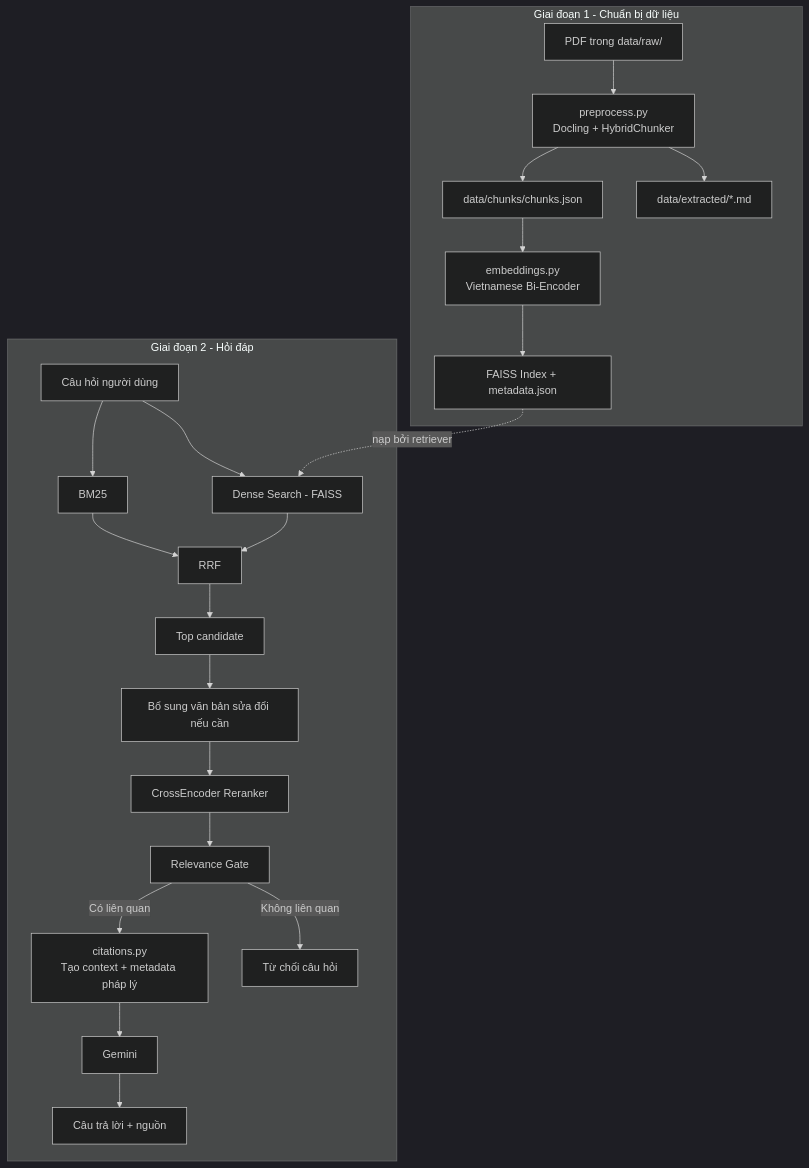
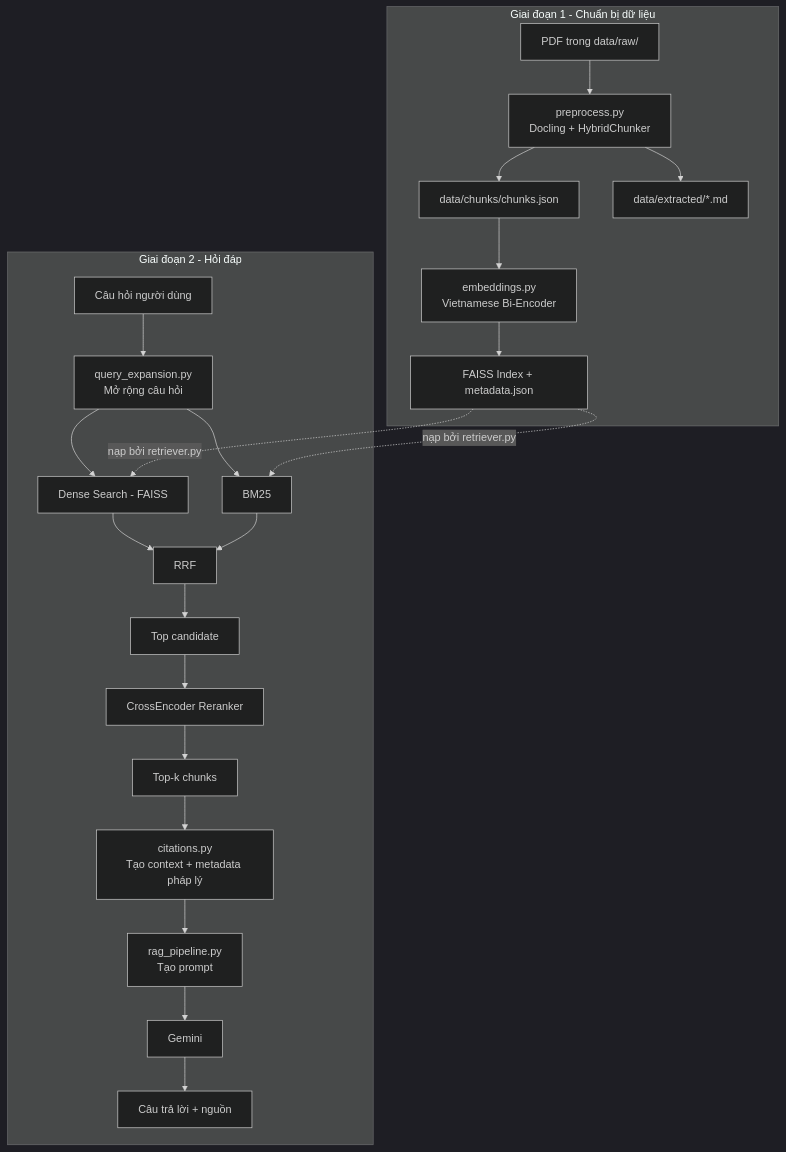
Before and after one commit to baothenotone/Project-LLM-RAG: the diagram in README.md, drawn with Mermaid (dark theme). The commit also changed other lines of this file and 4 other files, not shown here.

````diff
--- a/README.md
+++ b/README.md
@@ -37,27 +43,28 @@
 ```mermaid
 flowchart TD
     subgraph A["Giai đoạn 1 - Chuẩn bị dữ liệu"]
-        A1["PDF trong data/raw/"] --> A2["preprocess.py\nDocling + HybridChunker"]
-        A2 --> A3["data/extracted/*.md"]
-        A2 --> A4["data/chunks/chunks.json"]
-        A4 --> A5["embeddings.py\nVietnamese Bi-Encoder"]
+        A1["PDF trong data/raw/"] --> A2["preprocess.py<br/>Docling + HybridChunker"]
+        A2 --> A3["data/chunks/chunks.json"]
+        A2 --> A4["data/extracted/*.md"]
+        A3 --> A5["embeddings.py<br/>Vietnamese Bi-Encoder"]
         A5 --> A6["FAISS Index + metadata.json"]
     end
 
     subgraph B["Giai đoạn 2 - Hỏi đáp"]
-        B1["Câu hỏi người dùng"] --> B2["Dense Search - FAISS"]
-        B1 --> B3["BM25"]
-        B2 --> B4["RRF"]
-        B3 --> B4
-        B4 --> B5["Top candidate"]
-        B5 --> B6["Bổ sung văn bản sửa đổi nếu cần"]
+        B1["Câu hỏi người dùng"] --> B2["query_expansion.py<br/>Mở rộng câu hỏi"]
+        B2 --> B3["Dense Search - FAISS"]
+        B2 --> B4["BM25"]
+        B3 --> B5["RRF"]
+        B4 --> B5
+        B5 --> B6["Top candidate"]
         B6 --> B7["CrossEncoder Reranker"]
-        B7 --> B8["Relevance Gate"]
-        B8 -->|"Không liên quan"| B9["Từ chối câu hỏi"]
-        B8 -->|"Có liên quan"| B10["citations.py\nTạo context + metadata pháp lý"]
+        B7 --> B8["Top-k chunks"]
+        B8 --> B9["citations.py<br/>Tạo context + metadata pháp lý"]
+        B9 --> B10["rag_pipeline.py<br/>Tạo prompt"]
         B10 --> B11["Gemini"]
         B11 --> B12["Câu trả lời + nguồn"]
     end
 
-    A6 -. "nạp bởi retriever" .-> B2
+    A6 -. "nạp bởi retriever.py" .-> B3
+    A6 -. "nạp bởi retriever.py" .-> B4
 ```
````
